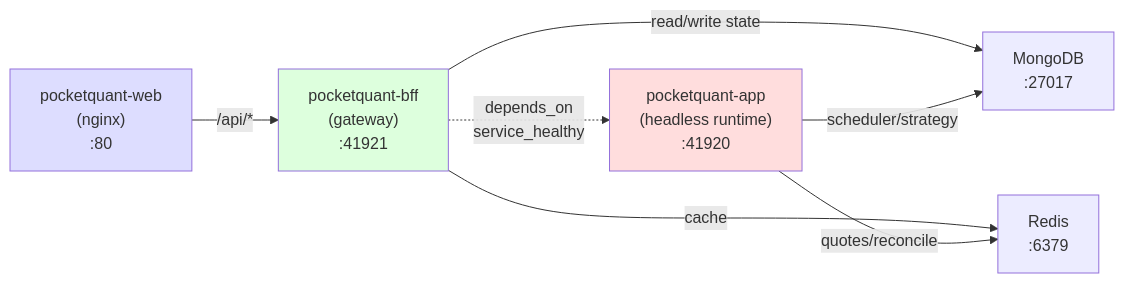
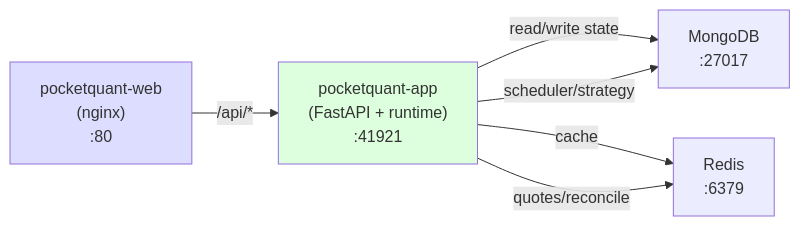
The diagram in docs/system-architecture.md (camping89/pocketquant), drawn with Mermaid before and after one commit. The commit also changed other lines of this file and 22 other files, not shown here.

````diff
--- a/docs/system-architecture.md
+++ b/docs/system-architecture.md
@@ -737,19 +731,16 @@
 ```mermaid
 graph LR
     web["pocketquant-web<br/>(nginx)<br/>:80"]
-    bff["pocketquant-bff<br/>(gateway)<br/>:41921"]
-    app["pocketquant-app<br/>(headless runtime)<br/>:41920"]
+    app["pocketquant-app<br/>(FastAPI + runtime)<br/>:41921"]
     mongo["MongoDB<br/>:27017"]
     redis["Redis<br/>:6379"]
     
-    web -->|/api/*| bff
-    bff -->|read/write state| mongo
-    bff -->|cache| redis
+    web -->|/api/*| app
+    app -->|read/write state| mongo
+    app -->|cache| redis
     app -->|scheduler/strategy| mongo
     app -->|quotes/reconcile| redis
-    bff -.->|depends_on<br/>service_healthy| app
     
-    style app fill:#fdd
-    style bff fill:#dfd
+    style app fill:#dfd
     style web fill:#ddf
 ```
````
